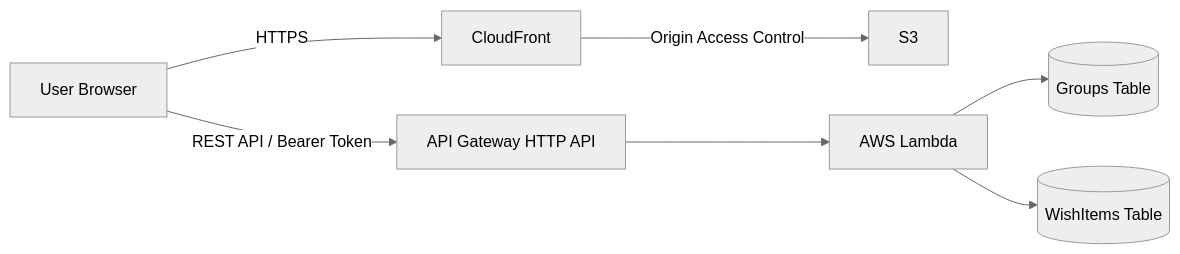
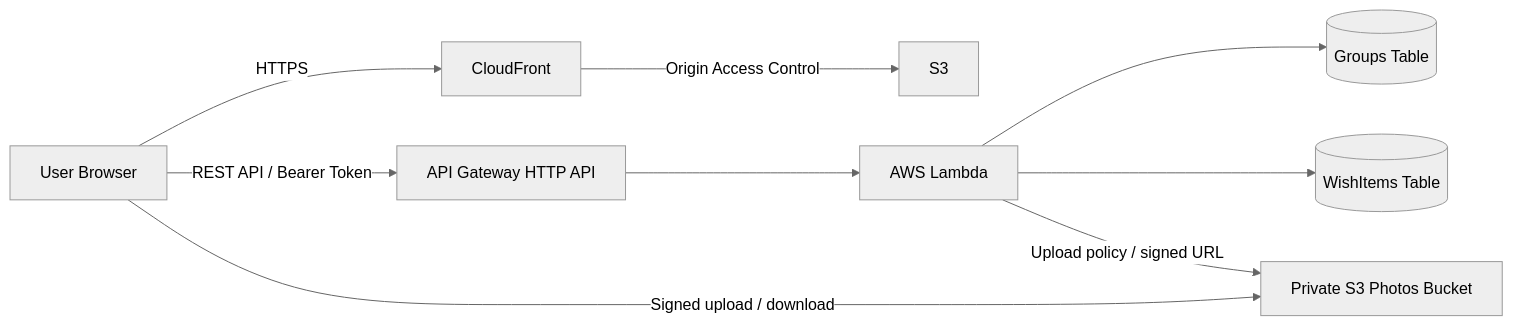
Before and after one commit to dora937nishikori/peace-wishlist: the diagram in README.md, drawn with Mermaid (neutral theme). The commit also changed other lines of this file and 36 other files, not shown here.

````diff
--- a/README.md
+++ b/README.md
@@ -49,19 +55,22 @@
 ```mermaid
 flowchart LR
     User[User Browser]
 
     CF[CloudFront]
     S3[S3]
     APIGW[API Gateway HTTP API]
     Lambda[AWS Lambda]
     Groups[(Groups Table)]
     Items[(WishItems Table)]
+    Photos[Private S3 Photos Bucket]
 
     User -->|HTTPS| CF
     CF -->|Origin Access Control| S3
 
     User -->|REST API / Bearer Token| APIGW
     APIGW --> Lambda
     Lambda --> Groups
     Lambda --> Items
+    Lambda -->|Upload policy / signed URL| Photos
+    User -->|Signed upload / download| Photos
 ```
````
